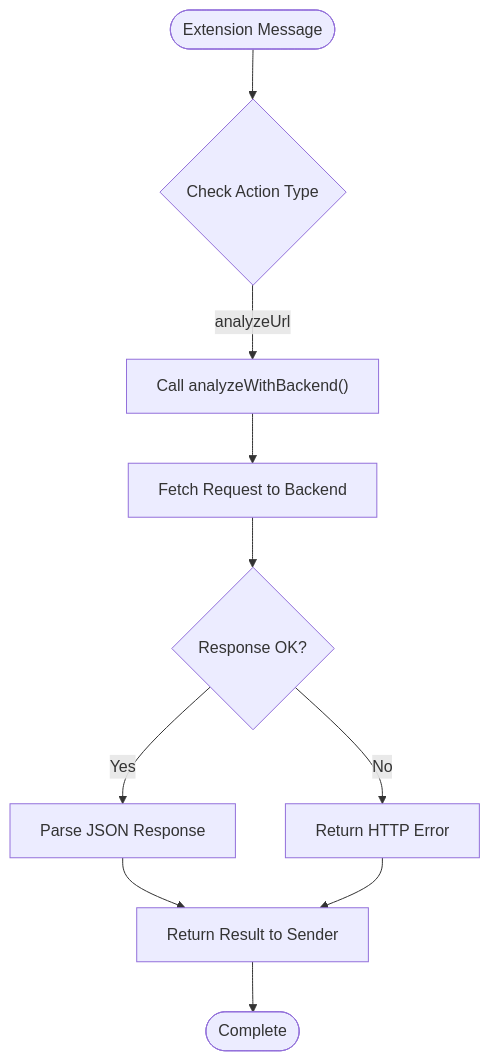
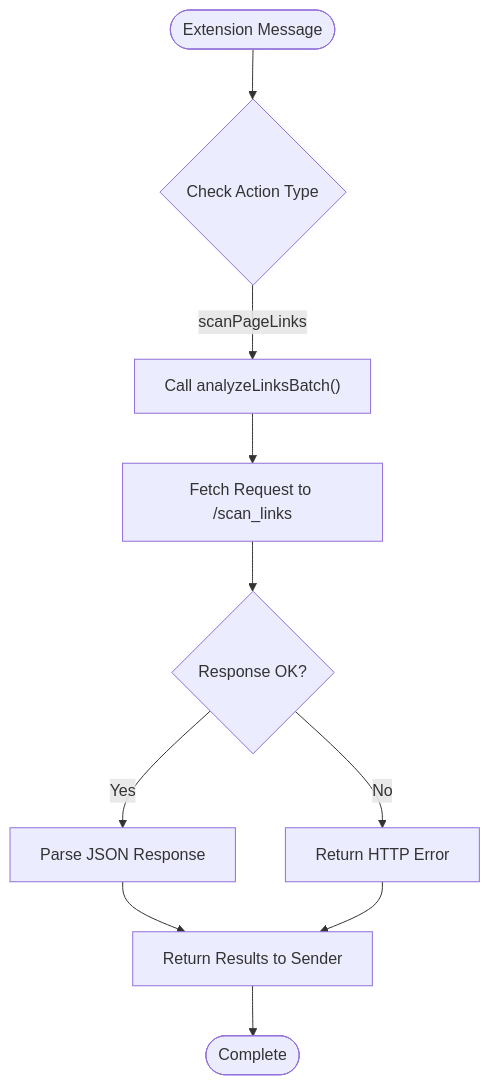
The third of 7 diagrams in .qoder/repowiki/en/content/Chrome Extension Development.md (Aymanaahh/scrollguard-ai), drawn with Mermaid before and after one commit. The commit also changed other lines of this file and 36 other files, not shown here.

````diff
--- a/.qoder/repowiki/en/content/Chrome Extension Development.md
+++ b/.qoder/repowiki/en/content/Chrome Extension Development.md
@@ -167,12 +176,12 @@
 ```mermaid
 flowchart TD
 Start(["Extension Message"]) --> CheckAction{"Check Action Type"}
-CheckAction --> |analyzeUrl| Analyze["Call analyzeWithBackend()"]
-Analyze --> Fetch["Fetch Request to Backend"]
+CheckAction --> |scanPageLinks| Analyze["Call analyzeLinksBatch()"]
+Analyze --> Fetch["Fetch Request to /scan_links"]
 Fetch --> Response{"Response OK?"}
 Response --> |Yes| Parse["Parse JSON Response"]
 Response --> |No| Error["Return HTTP Error"]
-Parse --> Return["Return Result to Sender"]
+Parse --> Return["Return Results to Sender"]
 Error --> Return
 Return --> End(["Complete"])
 ```
````
